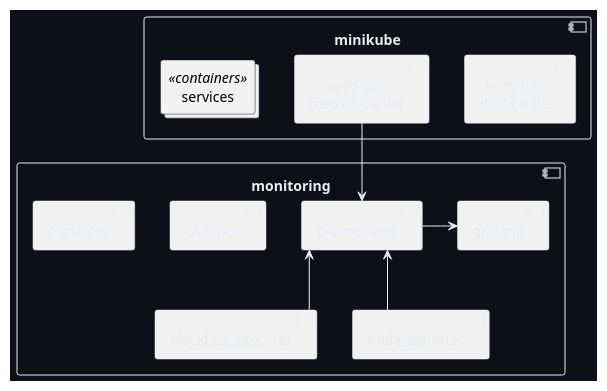
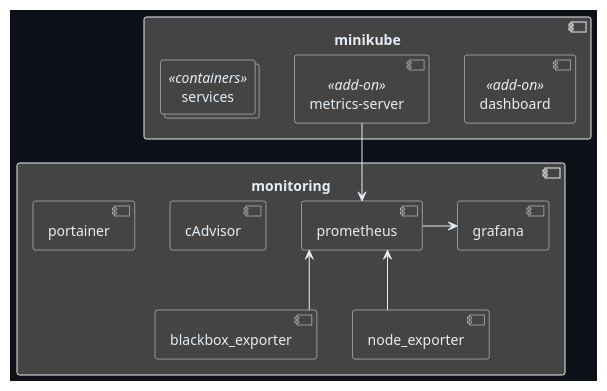
The diagram in README.adoc (sebastian-sommerfeld-io/k8s-playground), drawn with PlantUML before and after one commit. The commit also changed 1 other file, not shown here.

Commit message:
changed plantuml styles

```diff
--- a/README.adoc
+++ b/README.adoc
@@ -37,61 +37,68 @@
 [plantuml, puml-build-image, svg]
 ----
 @startuml
 
 skinparam linetype ortho
 skinparam monochrome false
 skinparam componentStyle uml2
 skinparam backgroundColor #0D1117
 skinparam ArrowColor #e6edf3
 skinparam NoteBorderColor #e6edf3
 skinparam NoteFontColor #e6edf3
 skinparam NoteBackgroundColor transparent
+skinparam ComponentBackgroundColor #444
 skinparam ComponentBorderColor #e6edf3
 skinparam ComponentFontColor #e6edf3
 skinparam DatabaseBorderColor #e6edf3
 skinparam DatabaseBackgroundColor #444
 skinparam DatabaseFontColor #e6edf3
 skinparam FileBorderColor #e6edf3
 skinparam FileFontColor #e6edf3
 skinparam ControlBorderColor #e6edf3
 skinparam ControlFontColor #e6edf3
 skinparam RectangleBackgroundColor transparent
 skinparam RectangleBorderColor #e6edf3
 skinparam RectangleFontColor #e6edf3
 skinparam ControlBackgroundColor transparent
 skinparam ControlBorderColor #e6edf3
 skinparam ControlFontColor #e6edf3
 skinparam HexagonBackgroundColor transparent
 skinparam HexagonBorderColor #e6edf3
 skinparam HexagonFontColor #e6edf3
 skinparam ArtifactBackgroundColor #444
 skinparam ArtifactBorderColor #e6edf3
 skinparam ArtifactFontColor #e6edf3
+skinparam CollectionsBackgroundColor #444
+skinparam CollectionsBorderColor #e6edf3
+skinparam CollectionsFontColor #e6edf3
+skinparam QueueBackgroundColor #444
+skinparam QueueBorderColor #e6edf3
+skinparam QueueFontColor #e6edf3
 skinparam defaultTextAlignment center
 skinparam activity {
-FontName Ubuntu
+  FontName Ubuntu
 }
 
 component minikube {
     component dashboard <<add-on>>
     component metrics_server as "metrics-server" <<add-on>>
     collections services <<containers>>
 }
 
 component monitoring {
     component prometheus
     component grafana
     component blackbox_exporter
     component node_exporter
     component cAdvisor
     component portainer
     
     prometheus -> grafana
     node_exporter -up-> prometheus
     blackbox_exporter -up-> prometheus
 }
 
 metrics_server -down-> prometheus
 
 @enduml
 ----
```
